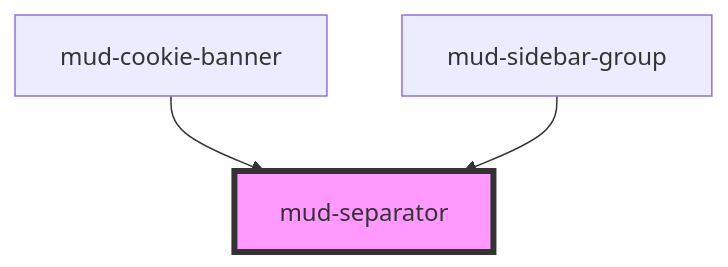
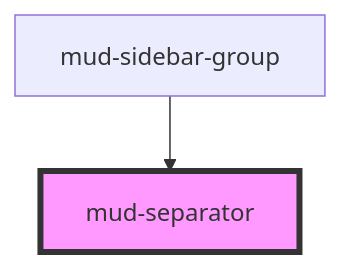
One commit to egov-moldova/design-system changed the diagram in src/components/mud-separator/readme.md. Above: the diagram before and after it, drawn with Mermaid. The commit also changed other lines of this file and 32 other files, not shown here.

First line of the commit message:
feat!: remove mud-cookie-banner and mud-receipt

````diff
--- a/src/components/mud-separator/readme.md
+++ b/src/components/mud-separator/readme.md
@@ -51,6 +50,5 @@
 ```mermaid
 graph TD;
-  mud-cookie-banner --> mud-separator
   mud-sidebar-group --> mud-separator
   style mud-separator fill:#f9f,stroke:#333,stroke-width:4px
 ```
````
